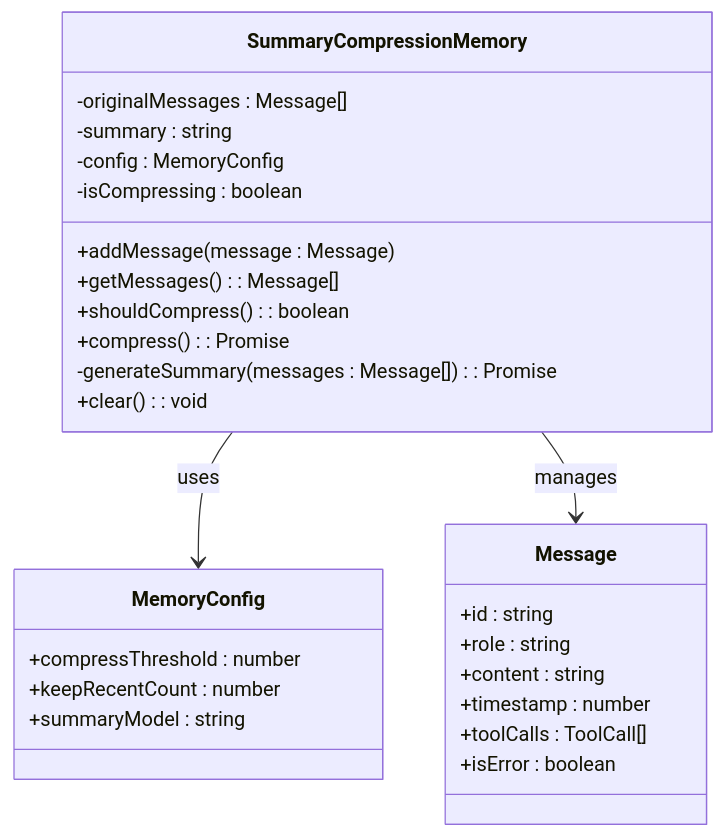
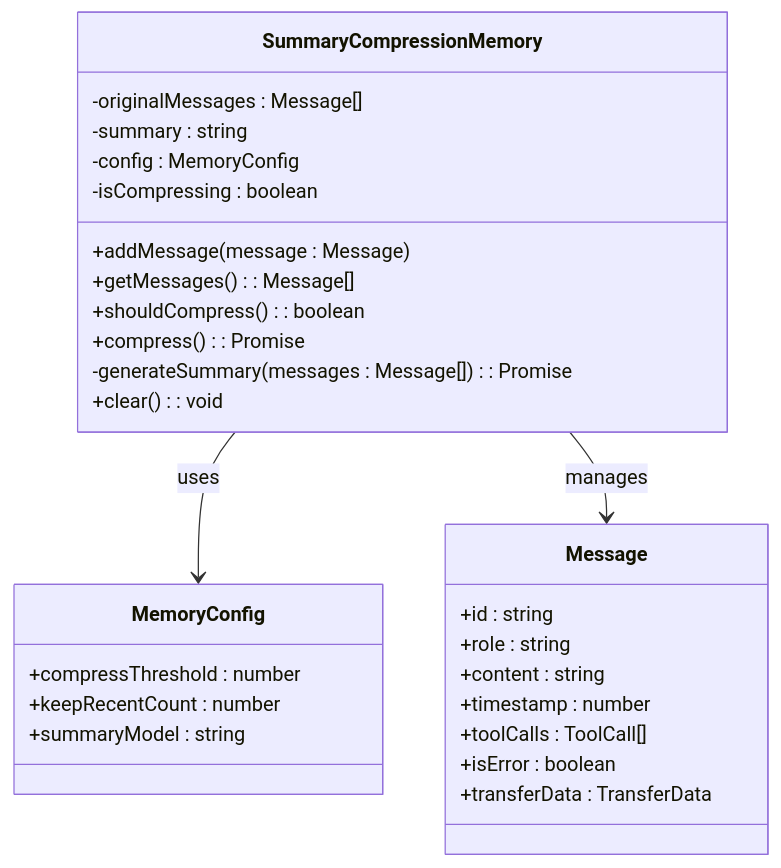
One commit to CryptoLinxu/Web3-AI-Agent changed diagram 12 of 14 in .qoder/repowiki/zh/content/核心技能详解/对话持久化系统.md. Above: the diagram before and after it, drawn with Mermaid. The commit also changed other lines of this file and 7 other files, not shown here.

````diff
--- a/.qoder/repowiki/zh/content/核心技能详解/对话持久化系统.md
+++ b/.qoder/repowiki/zh/content/核心技能详解/对话持久化系统.md
@@ -415,30 +560,31 @@
 ```mermaid
 classDiagram
 class SummaryCompressionMemory {
 -originalMessages : Message[]
 -summary : string
 -config : MemoryConfig
 -isCompressing : boolean
 +addMessage(message : Message)
 +getMessages() : Message[]
 +shouldCompress() : boolean
 +compress() : Promise<void>
 -generateSummary(messages : Message[]) : Promise<string>
 +clear() : void
 }
 class MemoryConfig {
 +compressThreshold : number
 +keepRecentCount : number
 +summaryModel : string
 }
 class Message {
 +id : string
 +role : string
 +content : string
 +timestamp : number
 +toolCalls : ToolCall[]
 +isError : boolean
++transferData : TransferData
 }
 SummaryCompressionMemory --> MemoryConfig : uses
 SummaryCompressionMemory --> Message : manages
 ```
````
